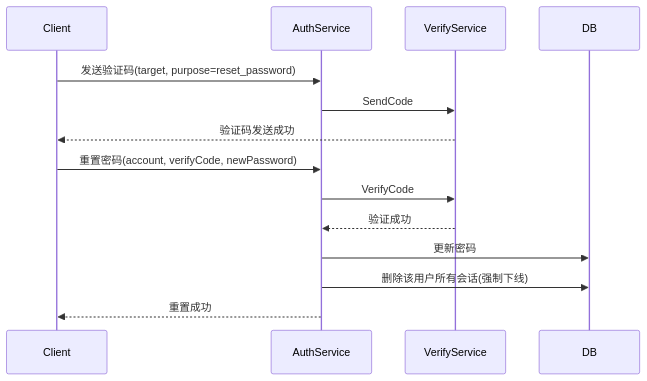
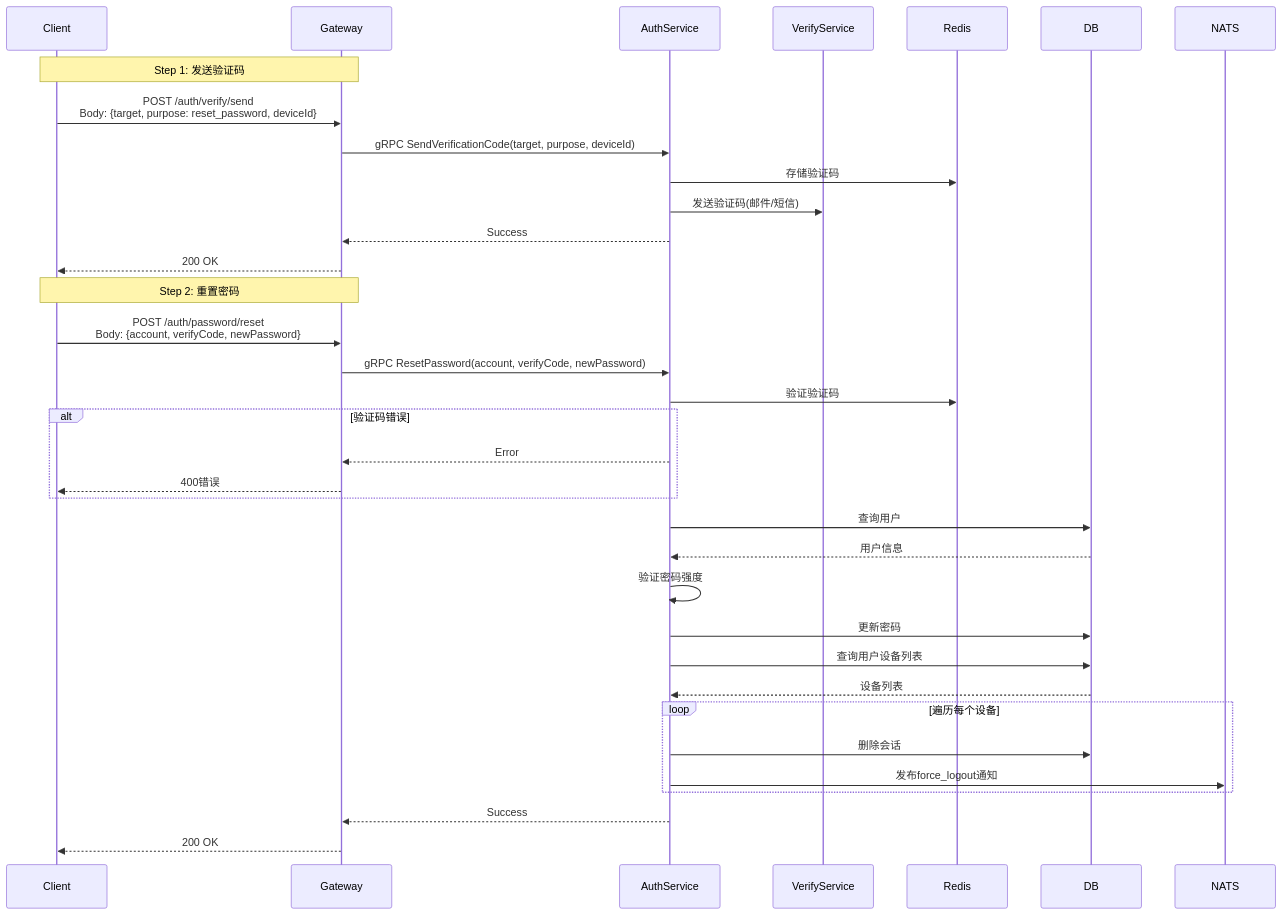
Before and after one commit to anychat-im/anychat-server: the second of 2 diagrams in docs/design/auth/password.md, drawn with Mermaid. The commit also changed other lines of this file and 8 other files, not shown here.

````diff
--- a/docs/design/auth/password.md
+++ b/docs/design/auth/password.md
@@ -54,16 +95,47 @@
 ```mermaid
 sequenceDiagram
     participant Client
+    participant Gateway
     participant AuthService
     participant VerifyService
+    participant Redis
+    participant DB
+    participant NATS
 
-    Client->>AuthService: 发送验证码(target, purpose=reset_password)
-    AuthService->>VerifyService: SendCode
-    VerifyService-->>Client: 验证码发送成功
-    Client->>AuthService: 重置密码(account, verifyCode, newPassword)
-    AuthService->>VerifyService: VerifyCode
-    VerifyService-->>AuthService: 验证成功
+    Note over Client,Gateway: Step 1: 发送验证码
+    Client->>Gateway: POST /auth/verify/send<br/>Body: {target, purpose: reset_password, deviceId}
+    Gateway->>AuthService: gRPC SendVerificationCode(target, purpose, deviceId)
+
+    AuthService->>Redis: 存储验证码
+    AuthService->>VerifyService: 发送验证码(邮件/短信)
+
+    AuthService-->>Gateway: Success
+    Gateway-->>Client: 200 OK
+
+    Note over Client,Gateway: Step 2: 重置密码
+    Client->>Gateway: POST /auth/password/reset<br/>Body: {account, verifyCode, newPassword}
+    Gateway->>AuthService: gRPC ResetPassword(account, verifyCode, newPassword)
+
+    AuthService->>Redis: 验证验证码
+    alt 验证码错误
+        AuthService-->>Gateway: Error
+        Gateway-->>Client: 400错误
+    end
+
+    AuthService->>DB: 查询用户
+    DB-->>AuthService: 用户信息
+
+    AuthService->>AuthService: 验证密码强度
     AuthService->>DB: 更新密码
-    AuthService->>DB: 删除该用户所有会话(强制下线)
-    AuthService-->>Client: 重置成功
+
+    AuthService->>DB: 查询用户设备列表
+    DB-->>AuthService: 设备列表
+
+    loop 遍历每个设备
+        AuthService->>DB: 删除会话
+        AuthService->>NATS: 发布force_logout通知
+    end
+
+    AuthService-->>Gateway: Success
+    Gateway-->>Client: 200 OK
 ```
````
